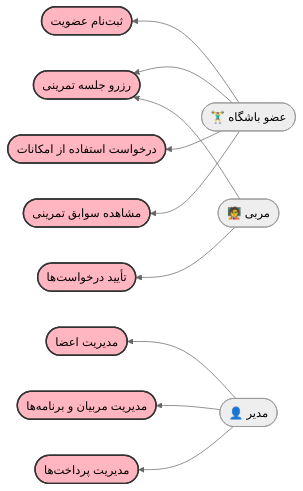
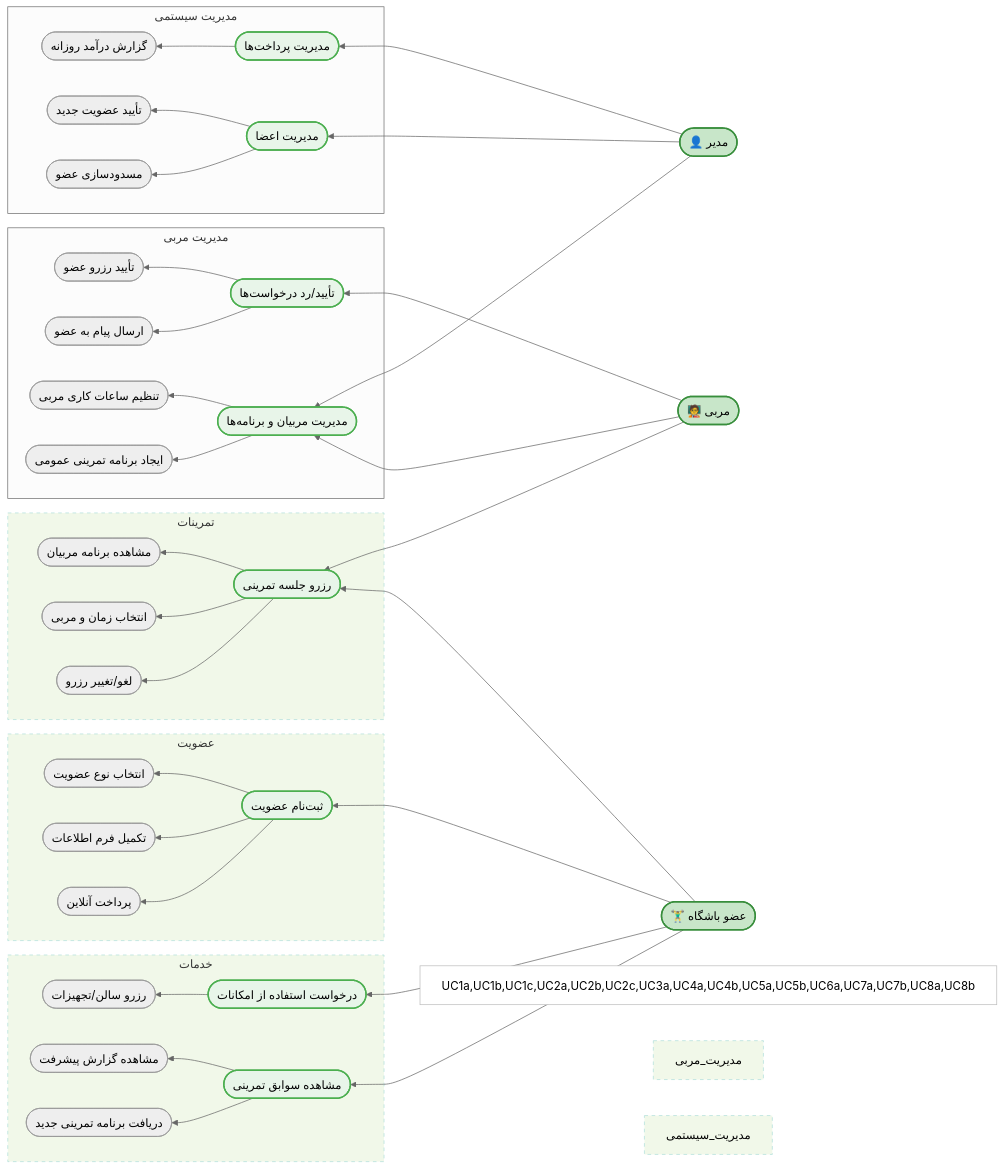
One commit to zahramirzayan22-ui/modiriat-bashgah-varzeshi changed the diagram in docs/usecase_diagram.md. Above: the diagram before and after it, drawn with Mermaid (neutral theme).

````diff
--- a/docs/usecase_diagram.md
+++ b/docs/usecase_diagram.md
@@ -1,22 +1,53 @@
 ```mermaid
 flowchart RL
 
-%% بازیگران
+%% 🎭 بازیگران
 Member([🏋️‍♂️ عضو باشگاه])
 Trainer([🧑‍🏫 مربی])
 Admin([👤 مدیر])
 
-%% موارد استفاده (Use Cases)
-UC1([ثبت‌نام عضویت])
-UC2([رزرو جلسه تمرینی])
-UC3([درخواست استفاده از امکانات])
-UC4([مشاهده سوابق تمرینی])
-UC5([تأیید درخواست‌ها])
-UC6([مدیریت پرداخت‌ها])
-UC7([مدیریت اعضا])
-UC8([مدیریت مربیان و برنامه‌ها])
+%% 🧩 Use Cases اصلی
+subgraph عضویت
+    UC1([ثبت‌نام عضویت])
+    UC1a([انتخاب نوع عضویت])
+    UC1b([تکمیل فرم اطلاعات])
+    UC1c([پرداخت آنلاین])
+end
 
-%% ارتباطات
+subgraph تمرینات
+    UC2([رزرو جلسه تمرینی])
+    UC2a([مشاهده برنامه مربیان])
+    UC2b([انتخاب زمان و مربی])
+    UC2c([لغو/تغییر رزرو])
+end
+
+subgraph خدمات
+    UC3([درخواست استفاده از امکانات])
+    UC3a([رزرو سالن/تجهیزات])
+    UC4([مشاهده سوابق تمرینی])
+    UC4a([مشاهده گزارش پیشرفت])
+    UC4b([دریافت برنامه تمرینی جدید])
+end
+
+subgraph مدیریت مربی
+    UC5([تأیید/رد درخواست‌ها])
+    UC5a([تأیید رزرو عضو])
+    UC5b([ارسال پیام به عضو])
+    UC8([مدیریت مربیان و برنامه‌ها])
+    UC8a([تنظیم ساعات کاری مربی])
+    UC8b([ایجاد برنامه تمرینی عمومی])
+end
+
+subgraph مدیریت سیستمی
+    UC6([مدیریت پرداخت‌ها])
+    UC6a([گزارش درآمد روزانه])
+    UC7([مدیریت اعضا])
+    UC7a([تأیید عضویت جدید])
+    UC7b([مسدودسازی عضو])
+end
+
+
+%% 🔗 ارتباطات بازیگران با Use Caseهای اصلی
 Member --> UC1
 Member --> UC2
 Member --> UC3
@@ -24,18 +55,46 @@
 
 Trainer --> UC2
 Trainer --> UC5
+Trainer --> UC8
 
+Admin --> UC6
 Admin --> UC7
 Admin --> UC8
-Admin --> UC6
 
-%% ظاهر بیضی‌ها (صورتی)
-style UC1 fill:#FFB6C1,stroke:#333,stroke-width:2px
-style UC2 fill:#FFB6C1,stroke:#333,stroke-width:2px
-style UC3 fill:#FFB6C1,stroke:#333,stroke-width:2px
-style UC4 fill:#FFB6C1,stroke:#333,stroke-width:2px
-style UC5 fill:#FFB6C1,stroke:#333,stroke-width:2px
-style UC6 fill:#FFB6C1,stroke:#333,stroke-width:2px
-style UC7 fill:#FFB6C1,stroke:#333,stroke-width:2px
-style UC8 fill:#FFB6C1,stroke:#333,stroke-width:2px
+%% 🔗 ارتباطات زیرمجموعه‌ها با Use Case اصلی (فقط برای وضوح)
+UC1 --> UC1a & UC1b & UC1c
+UC2 --> UC2a & UC2b & UC2c
+UC3 --> UC3a
+UC4 --> UC4a & UC4b
+UC5 --> UC5a & UC5b
+UC8 --> UC8a & UC8b
+UC6 --> UC6a
+UC7 --> UC7a & UC7b
+
+
+%% 🎨 ظاهر و استایل‌ها
+style Member fill:#C8E6C9,stroke:#388E3C,stroke-width:2px
+style Trainer fill:#C8E6C9,stroke:#388E3C,stroke-width:2px
+style Admin fill:#C8E6C9,stroke:#388E3C,stroke-width:2px
+
+%% استایل Use Caseهای اصلی (سبز روشن)
+style UC1 fill:#E8F5E9,stroke:#4CAF50,stroke-width:2px
+style UC2 fill:#E8F5E9,stroke:#4CAF50,stroke-width:2px
+style UC3 fill:#E8F5E9,stroke:#4CAF50,stroke-width:2px
+style UC4 fill:#E8F5E9,stroke:#4CAF50,stroke-width:2px
+style UC5 fill:#E8F5E9,stroke:#4CAF50,stroke-width:2px
+style UC6 fill:#E8F5E9,stroke:#4CAF50,stroke-width:2px
+style UC7 fill:#E8F5E9,stroke:#4CAF50,stroke-width:2px
+style UC8 fill:#E8F5E9,stroke:#4CAF50,stroke-width:2px
+
+%% استایل زیرمجموعه‌ها (سفید/خاکستری روشن)
+style UC1a,UC1b,UC1c,UC2a,UC2b,UC2c,UC3a,UC4a,UC4b,UC5a,UC5b,UC6a,UC7a,UC7b,UC8a,UC8b fill:#FFFFFF,stroke:#BDBDBD,stroke-width:1px
+
+%% استایل گروه‌ها (Subgraphs)
+style عضویت fill:#F1F8E9,stroke:#B2DFDB,stroke-dasharray: 5 5
+style تمرینات fill:#F1F8E9,stroke:#B2DFDB,stroke-dasharray: 5 5
+style خدمات fill:#F1F8E9,stroke:#B2DFDB,stroke-dasharray: 5 5
+style مدیریت_مربی fill:#F1F8E9,stroke:#B2DFDB,stroke-dasharray: 5 5
+style مدیریت_سیستمی fill:#F1F8E9,stroke:#B2DFDB,stroke-dasharray: 5 5
+
 ```
````
